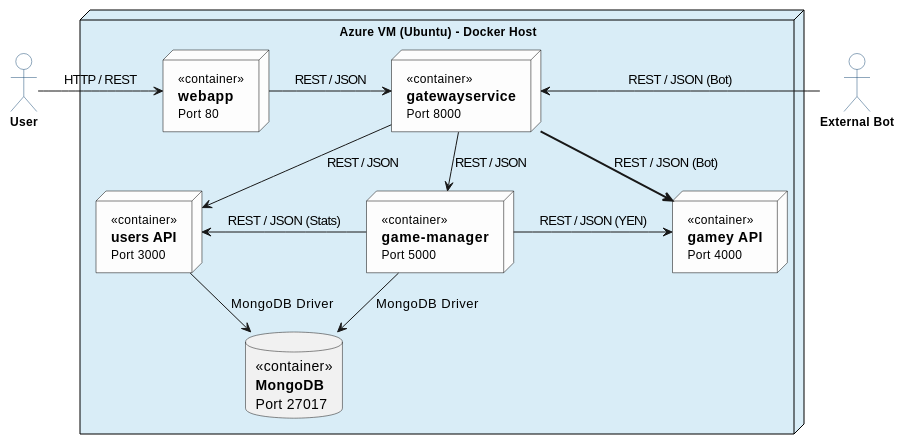
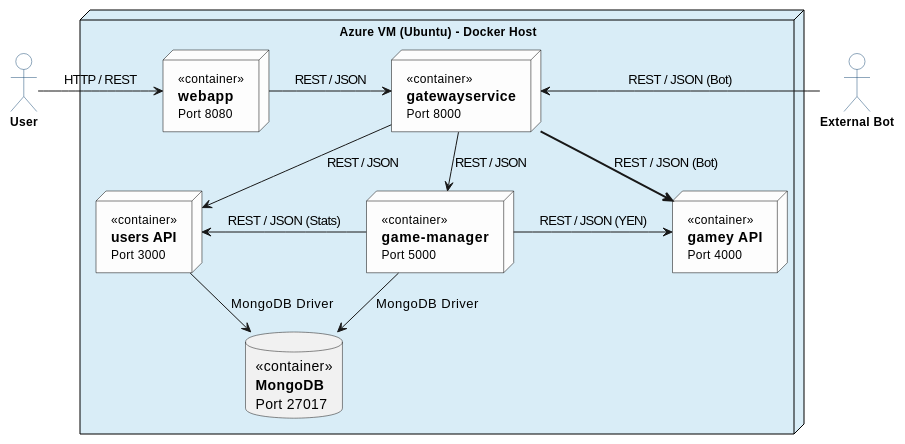
One commit to Arquisoft/yovi_en3a changed the second of 2 diagrams in docs/src/07_deployment_view.adoc. Above: the diagram before and after it, drawn with PlantUML. The commit also changed other lines of this file and 10 other files, not shown here.

```diff
--- a/docs/src/07_deployment_view.adoc
+++ b/docs/src/07_deployment_view.adoc
@@ -72,73 +73,73 @@
 [plantuml, target="deployment-lv2-azure", format="png"]
 ----
 @startuml
 ' =========================
 ' Configuración de estilo
 ' =========================
 skinparam backgroundColor white
 skinparam roundcorner 5
 skinparam shadowing false
 skinparam componentStyle uml2
 skinparam DefaultFontName "Arial"
 skinparam nodesep 50
 skinparam ranksep 40
 
 ' =========================
 ' Estilo de contenedores
 ' =========================
 skinparam node {
     BackgroundColor #fdfdfd
     BorderColor black
     FontColor black
     FontSize 12
     StereotypeAlignment center
 }
 
 ' =========================
 ' Estilo de actores (cabeza pintada)
 ' =========================
 skinparam actor {
     BackgroundColor #3399FF  ' Azul oscuro
     BorderColor #1F4E79
     FontColor black
     FontStyle bold
     FontSize 12
 }
 skinparam actorStyle classic  ' Para que la cabeza sea visible y uniforme
 
 ' =========================
 ' Actores externos
 ' =========================
 actor "User" as user
 actor "External Bot" as bot
 
 ' =========================
 ' Contenedor Azure VM con fondo azul claro
 ' =========================
 node "Azure VM (Ubuntu) - Docker Host" as Host #D9EDF7 {
 
-    node "«container»\n<size:14><b>webapp</b></size>\nPort 80" as webapp
+    node "«container»\n<size:14><b>webapp</b></size>\nPort 8080" as webapp
     node "«container»\n<size:14><b>gatewayservice</b></size>\nPort 8000" as gateway
     node "«container»\n<size:14><b>users API</b></size>\nPort 3000" as users
     node "«container»\n<size:14><b>game-manager</b></size>\nPort 5000" as manager
     node "«container»\n<size:14><b>gamey API</b></size>\nPort 4000" as gamey
     
     database "«container»\n<size:14><b>MongoDB</b></size>\nPort 27017" as mongodb
 }
 
 ' =========================
 ' Flujos
 ' =========================
 user -right-> webapp : HTTP / REST
 bot -right-> gateway : REST / JSON (Bot)
 webapp -right-> gateway : REST / JSON
 gateway -down-> users : REST / JSON
 gateway -down-> manager : REST / JSON
 gateway -[bold]-> gamey : REST / JSON (Bot)
 manager -right-> gamey : REST / JSON (YEN)
 manager -left-> users : REST / JSON (Stats)
 users -down-> mongodb : MongoDB Driver
 manager -down-> mongodb : MongoDB Driver
 
 @enduml
 ----
```
